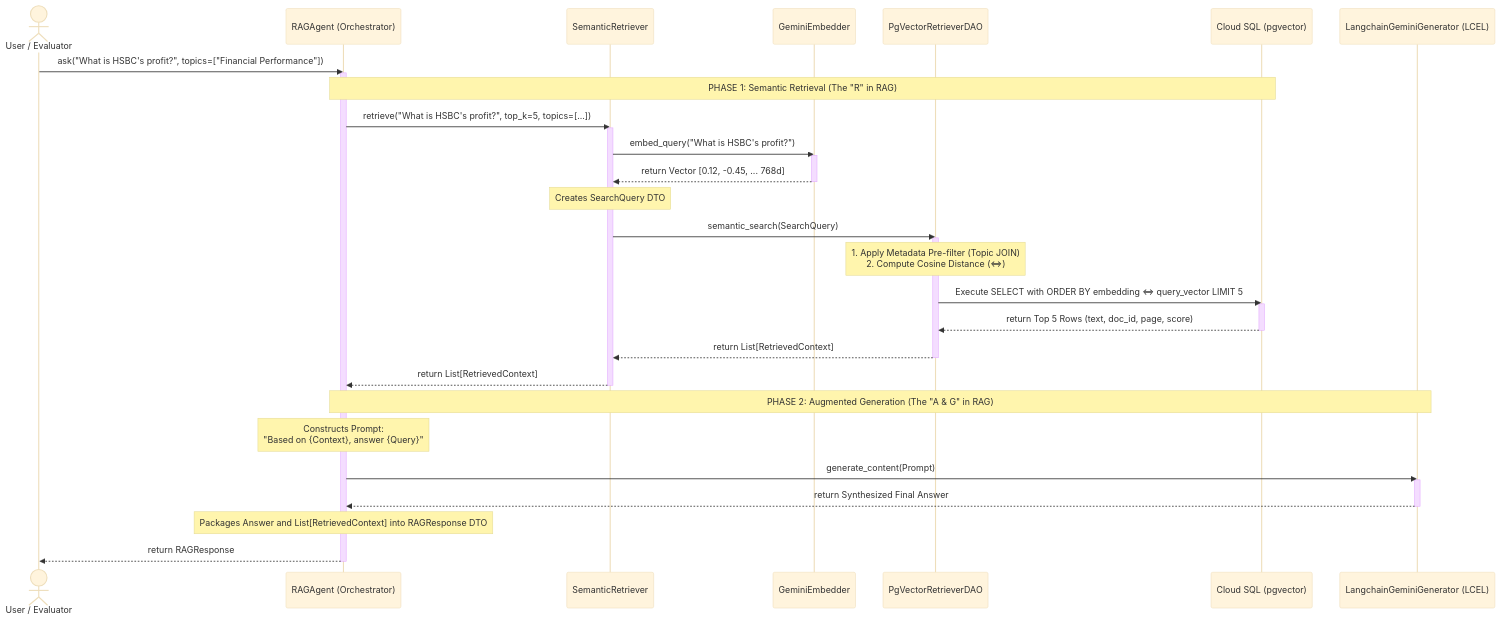
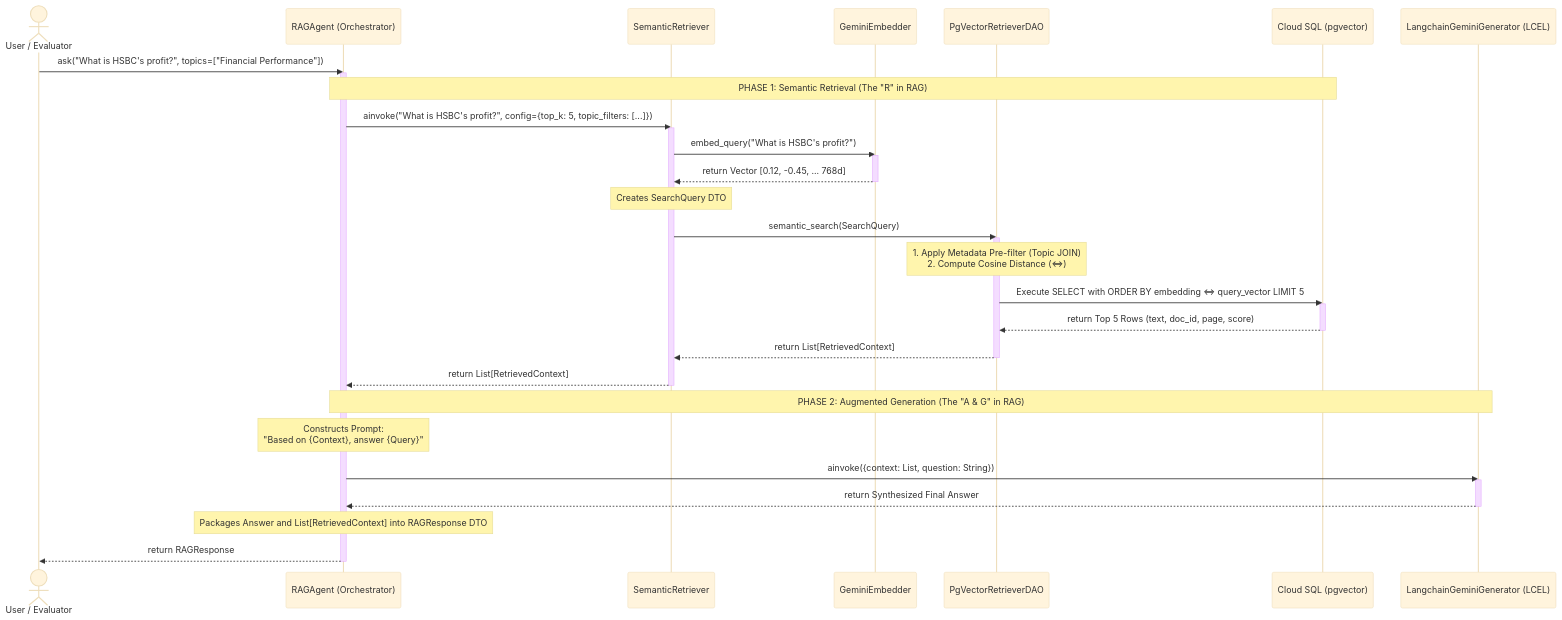
The second of 2 diagrams in docs/phase2_retriever_architecture.md (nvd11/automated-rag-evaluator), drawn with Mermaid (base theme) before and after one commit. The commit also changed other lines of this file, not shown here.

Commit message:
docs(architecture): sync UML and sequence diagram with LCEL runnable methods (ainvoke, astream)

````diff
--- a/docs/phase2_retriever_architecture.md
+++ b/docs/phase2_retriever_architecture.md
@@ -110,52 +112,52 @@
 ```mermaid
 sequenceDiagram
     actor Client as User / Evaluator
     participant RAG as RAGAgent (Orchestrator)
     participant Retriever as SemanticRetriever
     participant Embedder as GeminiEmbedder
     participant DAO as PgVectorRetrieverDAO
     participant DB as Cloud SQL (pgvector)
     participant LLM as LangchainGeminiGenerator (LCEL)
 
     Client->>RAG: ask("What is HSBC's profit?", topics=["Financial Performance"])
     activate RAG
 
     %% PHASE 1: Retrieval
     Note over RAG, DB: PHASE 1: Semantic Retrieval (The "R" in RAG)
-    RAG->>Retriever: retrieve("What is HSBC's profit?", top_k=5, topics=[...])
+    RAG->>Retriever: ainvoke("What is HSBC's profit?", config={top_k: 5, topic_filters: [...]})
     activate Retriever
     
     Retriever->>Embedder: embed_query("What is HSBC's profit?")
     activate Embedder
     Embedder-->>Retriever: return Vector [0.12, -0.45, ... 768d]
     deactivate Embedder
     
     Note over Retriever: Creates SearchQuery DTO
     Retriever->>DAO: semantic_search(SearchQuery)
     activate DAO
     
     Note over DAO: 1. Apply Metadata Pre-filter (Topic JOIN)<br/>2. Compute Cosine Distance (<=>)
     DAO->>DB: Execute SELECT with ORDER BY embedding <=> query_vector LIMIT 5
     activate DB
     DB-->>DAO: return Top 5 Rows (text, doc_id, page, score)
     deactivate DB
     
     DAO-->>Retriever: return List[RetrievedContext]
     deactivate DAO
     
     Retriever-->>RAG: return List[RetrievedContext]
     deactivate Retriever
 
     %% PHASE 2: Generation
     Note over RAG, LLM: PHASE 2: Augmented Generation (The "A & G" in RAG)
     Note over RAG: Constructs Prompt:<br/>"Based on {Context}, answer {Query}"
     
-    RAG->>LLM: generate_content(Prompt)
+    RAG->>LLM: ainvoke({context: List, question: String})
     activate LLM
     LLM-->>RAG: return Synthesized Final Answer
     deactivate LLM
     
     Note over RAG: Packages Answer and List[RetrievedContext] into RAGResponse DTO
     RAG-->>Client: return RAGResponse
     deactivate RAG
 ```
````
